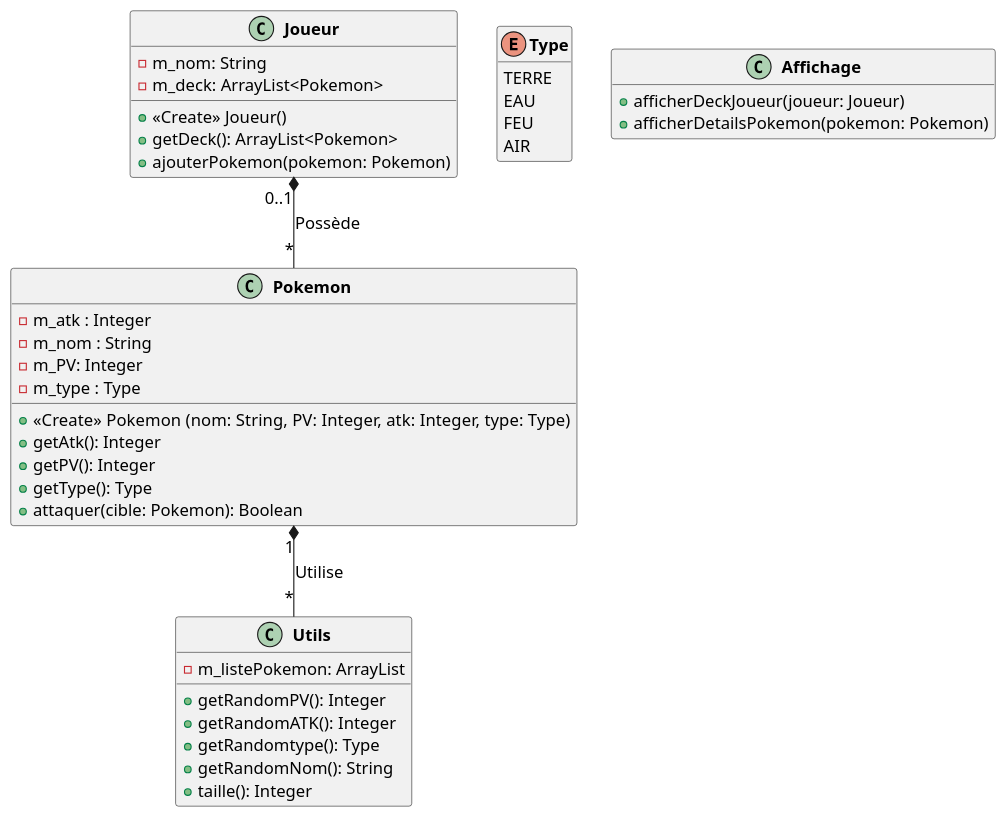
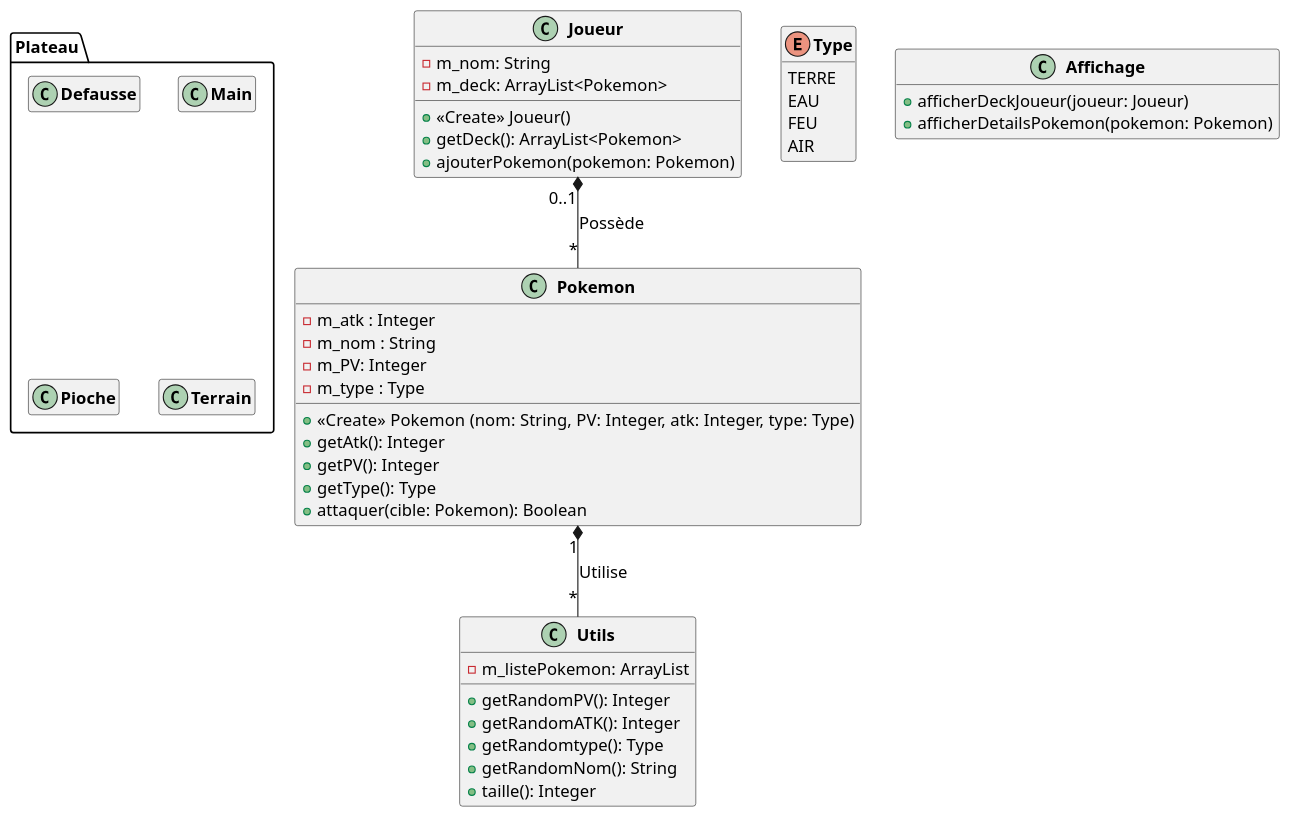
Before and after one commit to julot424/POOkemon: the diagram in uml/semaine1.puml, drawn with PlantUML.

Commit message:
UPATE semaine1, ajout du package Plateau avec les classes defausse,main,pioche et terrain

```diff
--- a/uml/semaine1.puml
+++ b/uml/semaine1.puml
@@ -1,50 +1,63 @@
 @startuml
 scale 1
 skinparam classFontStyle Bold
 skinparam defaultFontSize 15
 hide empty members
 skinparam classAttribute IconSize 0
 skinparam classFontStyle Bold
 hide enum methods
 
 
 class Pokemon{
     -m_atk : Integer
     -m_nom : String
     -m_PV: Integer
     -m_type : Type
     +<<Create>> Pokemon (nom: String, PV: Integer, atk: Integer, type: Type)
     +getAtk(): Integer
     +getPV(): Integer
     +getType(): Type
     +attaquer(cible: Pokemon): Boolean
 }
 enum Type{
         TERRE
         EAU
         FEU
         AIR
 }
 class Utils{
     -m_listePokemon: ArrayList
     +getRandomPV(): Integer
     +getRandomATK(): Integer
     +getRandomtype(): Type
     +getRandomNom(): String
     +taille(): Integer
 }
 class Joueur{
     -m_nom: String
     -m_deck: ArrayList<Pokemon>
     +<<Create>> Joueur()
     +getDeck(): ArrayList<Pokemon>
     +ajouterPokemon(pokemon: Pokemon)
 }
 class Affichage{
     +afficherDeckJoueur(joueur: Joueur)
     +afficherDetailsPokemon(pokemon: Pokemon)
     }
-
+package Plateau {
+    class Defausse
+    {
+    }
+    class Main
+    {
+    }
+    class Pioche
+    {
+    }
+    class Terrain
+    {
+    }
+}
 Pokemon "1" *-- "*" Utils : Utilise
 Joueur "0..1" *-- "*" Pokemon : Possède
 @enduml
```
